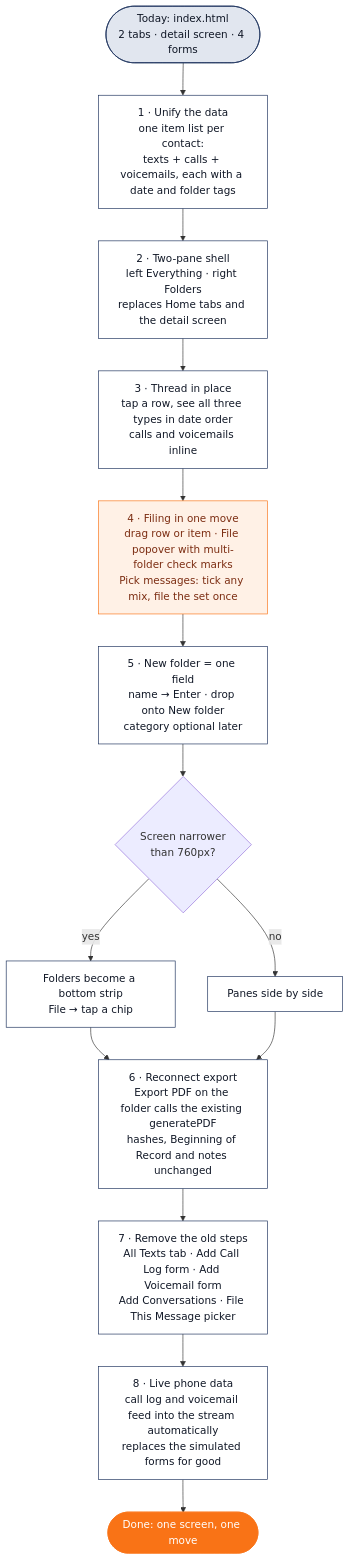
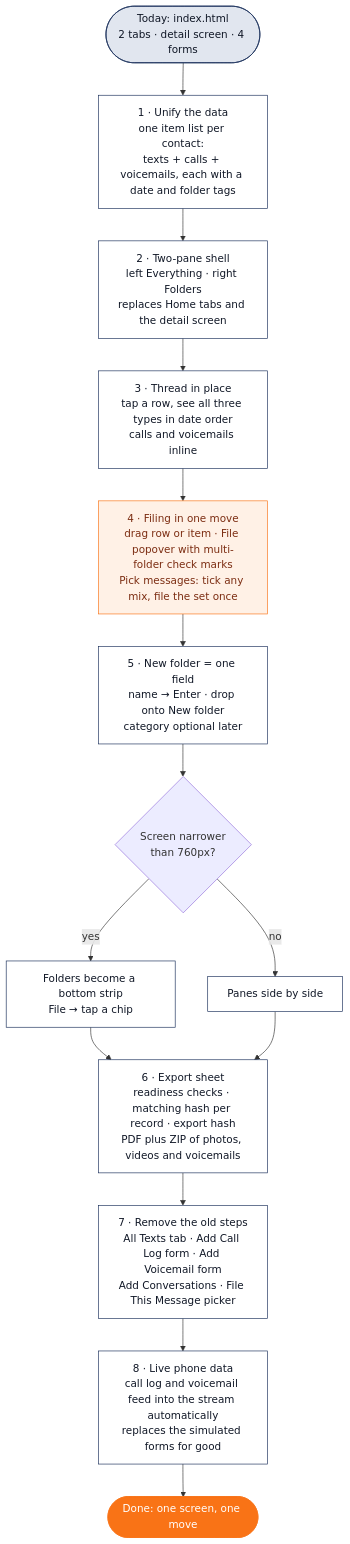
The second of 2 diagrams in v2/PLAN.md (CoachCotner/Recalltext), drawn with Mermaid before and after one commit. The commit also changed other lines of this file and 1 other file, not shown here.

First line of the commit message:
v2 mockup: three-dot menu per conversation and export sheet with hashes and ZIP

````diff
--- a/v2/PLAN.md
+++ b/v2/PLAN.md
@@ -64,25 +74,25 @@
 ```mermaid
 flowchart TD
   A([Today: index.html<br/>2 tabs · detail screen · 4 forms]) --> B
   B[1 · Unify the data<br/>one item list per contact:<br/>texts + calls + voicemails, each with a date and folder tags]
   B --> C[2 · Two-pane shell<br/>left Everything · right Folders<br/>replaces Home tabs and the detail screen]
   C --> D[3 · Thread in place<br/>tap a row, see all three types in date order<br/>calls and voicemails inline]
   D --> E[4 · Filing in one move<br/>drag row or item · File popover with multi-folder check marks<br/>Pick messages: tick any mix, file the set once]
   E --> F[5 · New folder = one field<br/>name → Enter · drop onto New folder<br/>category optional later]
   F --> G{Screen narrower<br/>than 760px?}
   G -- yes --> H[Folders become a bottom strip<br/>File → tap a chip]
   G -- no --> I[Panes side by side]
   H --> J
-  I --> J[6 · Reconnect export<br/>Export PDF on the folder calls the existing generatePDF<br/>hashes, Beginning of Record and notes unchanged]
+  I --> J[6 · Export sheet<br/>readiness checks · matching hash per record · export hash<br/>PDF plus ZIP of photos, videos and voicemails]
   J --> K[7 · Remove the old steps<br/>All Texts tab · Add Call Log form · Add Voicemail form<br/>Add Conversations · File This Message picker]
   K --> L[8 · Live phone data<br/>call log and voicemail feed into the stream automatically<br/>replaces the simulated forms for good]
   L --> M([Done: one screen, one move])
   classDef now fill:#E1E6EF,stroke:#1A2F5A,color:#111827
   classDef step fill:#FFFFFF,stroke:#1A2F5A,color:#111827
   classDef key fill:#FFF1E6,stroke:#F97316,color:#7C2D12
   classDef done fill:#F97316,stroke:#F97316,color:#FFFFFF
   class A now
   class B,C,D,F,H,I,J,K,L step
   class E key
   class M done
 ```
````
